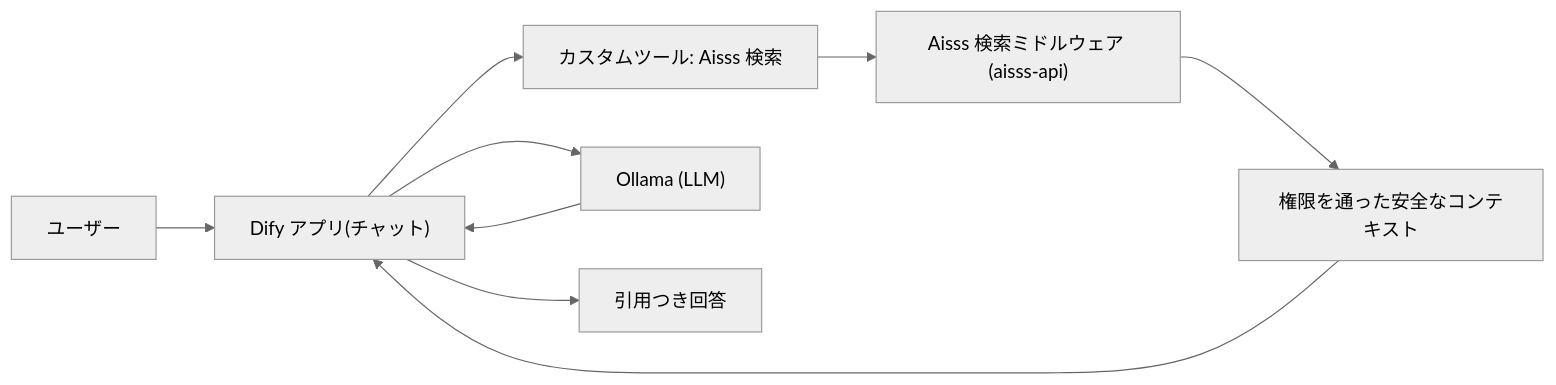
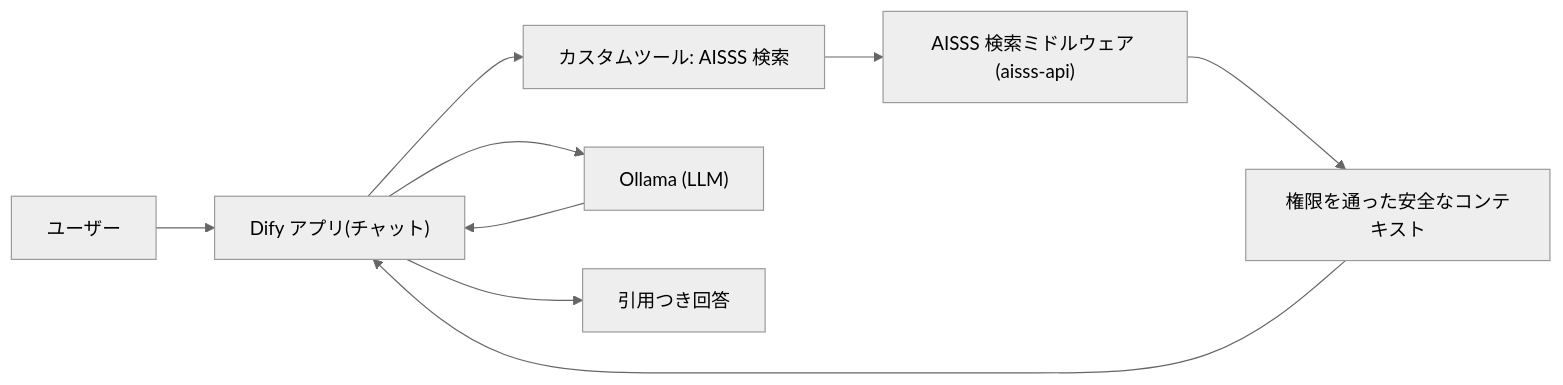
The diagram in docs/14-dify-integration-guide.md (matrix9neonebuchadnezzar2199-sketch/Aisss), drawn with Mermaid (neutral theme) before and after one commit. The commit also changed other lines of this file and 21 other files, not shown here.

````diff
--- a/docs/14-dify-integration-guide.md
+++ b/docs/14-dify-integration-guide.md
@@ -11,11 +11,11 @@
 ```mermaid
 flowchart LR
   user["ユーザー"] --> difyApp["Dify アプリ(チャット)"]
-  difyApp --> tool["カスタムツール: Aisss 検索"]
-  tool --> mw["Aisss 検索ミドルウェア (aisss-api)"]
+  difyApp --> tool["カスタムツール: AISSS 検索"]
+  tool --> mw["AISSS 検索ミドルウェア (aisss-api)"]
   mw --> safe["権限を通った安全なコンテキスト"]
   safe --> difyApp
   difyApp --> ollama["Ollama (LLM)"]
   ollama --> difyApp
   difyApp --> answer["引用つき回答"]
 ```
````
